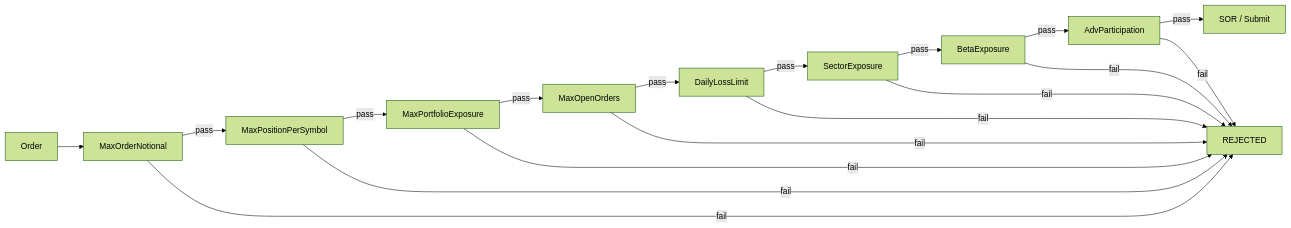
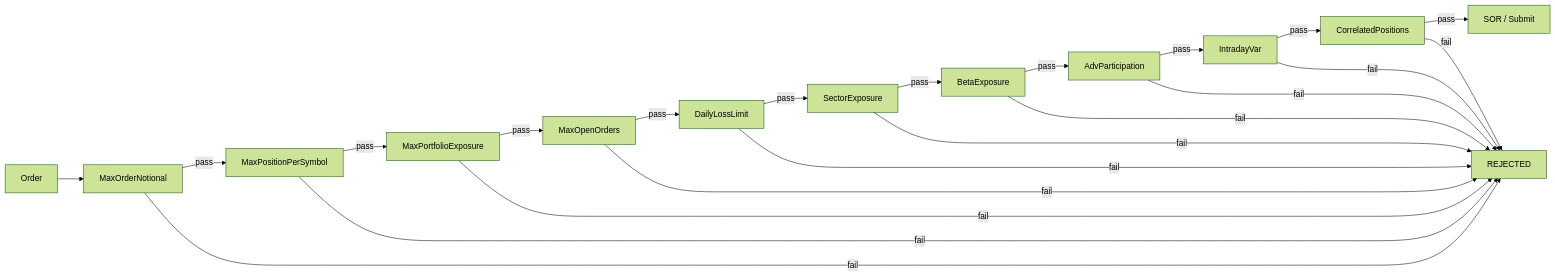
One commit to drag0sd0g/MariaAlpha changed the tenth of 19 diagrams in docs/technical-design-document.md. Above: the diagram before and after it, drawn with Mermaid (forest theme). The commit also changed other lines of this file and 63 other files, not shown here.

````diff
--- a/docs/technical-design-document.md
+++ b/docs/technical-design-document.md
@@ -777,13 +779,15 @@
 ```mermaid
 graph LR
     ORD[Order] --> R1[MaxOrderNotional]
     R1 -->|pass| R2[MaxPositionPerSymbol]
     R2 -->|pass| R3[MaxPortfolioExposure]
     R3 -->|pass| R4[MaxOpenOrders]
     R4 -->|pass| R5[DailyLossLimit]
     R5 -->|pass| R6[SectorExposure]
     R6 -->|pass| R7[BetaExposure]
     R7 -->|pass| R8[AdvParticipation]
-    R8 -->|pass| SOR[SOR / Submit]
-    R1 & R2 & R3 & R4 & R5 & R6 & R7 & R8 -->|fail| REJ[REJECTED]
+    R8 -->|pass| R9[IntradayVar]
+    R9 -->|pass| R10[CorrelatedPositions]
+    R10 -->|pass| SOR[SOR / Submit]
+    R1 & R2 & R3 & R4 & R5 & R6 & R7 & R8 & R9 & R10 -->|fail| REJ[REJECTED]
 ```
````
